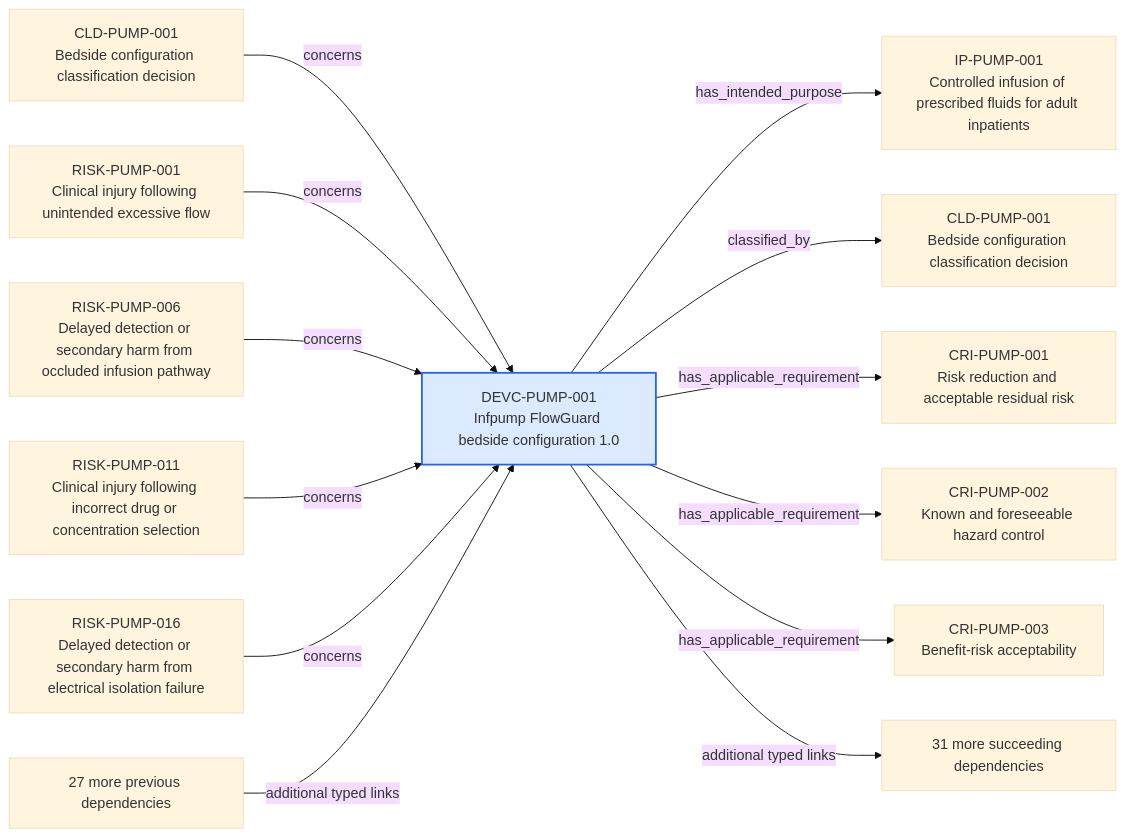
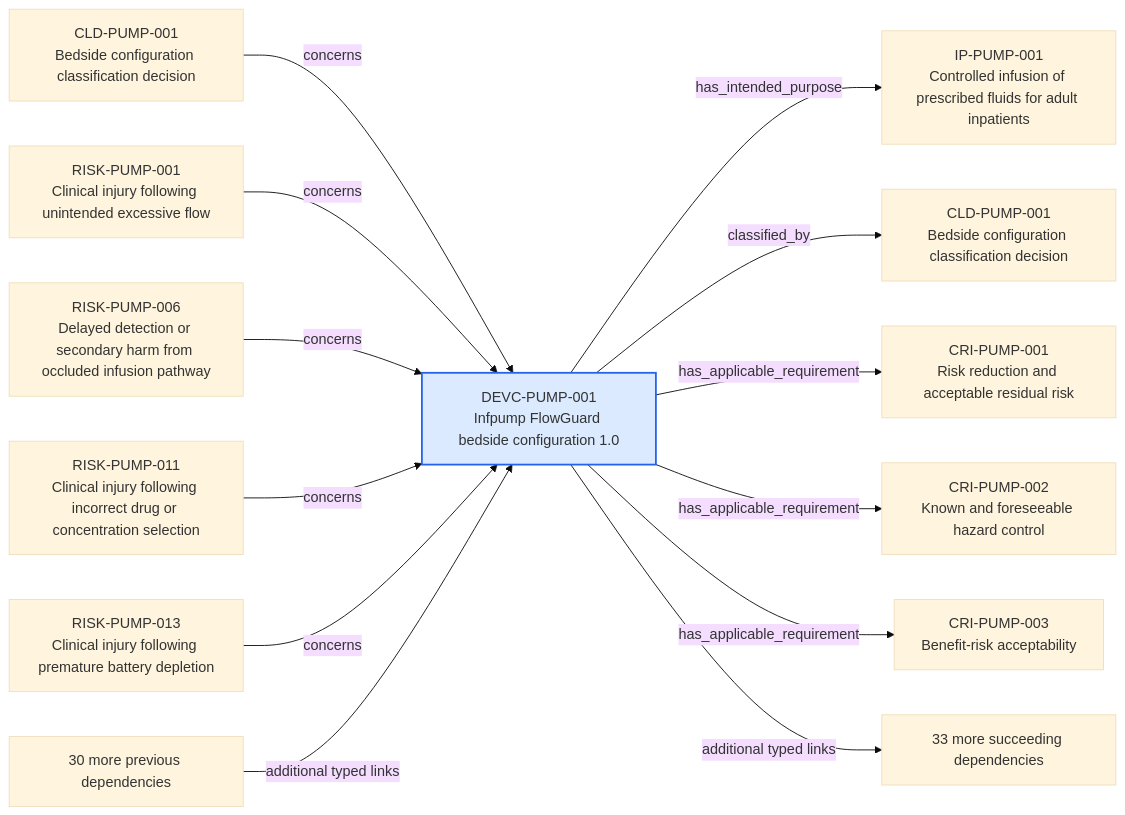
One commit to mvattulainen/mdrontology changed the diagram in content/06-Infpump FlowGuard ontology notes/device-configuration/DEVC-PUMP-001-infpump-flowguard-bedside-configuration-10.md. Above: the diagram before and after it, drawn with Mermaid (base theme). The commit also changed other lines of this file and 30 other files, not shown here.

````diff
--- a/content/06-Infpump FlowGuard ontology notes/device-configuration/DEVC-PUMP-001-infpump-flowguard-bedside-configuration-10.md
+++ b/content/06-Infpump FlowGuard ontology notes/device-configuration/DEVC-PUMP-001-infpump-flowguard-bedside-configuration-10.md
@@ -159,30 +161,30 @@
 ```mermaid
 flowchart LR
   CURRENT["DEVC-PUMP-001<br/>Infpump FlowGuard bedside configuration 1.0"]
   PREV0["CLD-PUMP-001<br/>Bedside configuration classification decision"]
   PREV0 -->|"concerns"| CURRENT
   PREV1["RISK-PUMP-001<br/>Clinical injury following unintended excessive flow"]
   PREV1 -->|"concerns"| CURRENT
   PREV2["RISK-PUMP-006<br/>Delayed detection or secondary harm from occluded infusion pathway"]
   PREV2 -->|"concerns"| CURRENT
   PREV3["RISK-PUMP-011<br/>Clinical injury following incorrect drug or concentration selection"]
   PREV3 -->|"concerns"| CURRENT
-  PREV4["RISK-PUMP-016<br/>Delayed detection or secondary harm from electrical isolation failure"]
+  PREV4["RISK-PUMP-013<br/>Clinical injury following premature battery depletion"]
   PREV4 -->|"concerns"| CURRENT
-  PREV_MORE["27 more previous dependencies"]
+  PREV_MORE["30 more previous dependencies"]
   PREV_MORE -->|"additional typed links"| CURRENT
   NEXT0["IP-PUMP-001<br/>Controlled infusion of prescribed fluids for adult inpatients"]
   CURRENT -->|"has_intended_purpose"| NEXT0
   NEXT1["CLD-PUMP-001<br/>Bedside configuration classification decision"]
   CURRENT -->|"classified_by"| NEXT1
   NEXT2["CRI-PUMP-001<br/>Risk reduction and acceptable residual risk"]
   CURRENT -->|"has_applicable_requirement"| NEXT2
   NEXT3["CRI-PUMP-002<br/>Known and foreseeable hazard control"]
   CURRENT -->|"has_applicable_requirement"| NEXT3
   NEXT4["CRI-PUMP-003<br/>Benefit-risk acceptability"]
   CURRENT -->|"has_applicable_requirement"| NEXT4
-  NEXT_MORE["31 more succeeding dependencies"]
+  NEXT_MORE["33 more succeeding dependencies"]
   CURRENT -->|"additional typed links"| NEXT_MORE
   classDef current fill:#dbeafe,stroke:#2563eb,stroke-width:2px
   class CURRENT current
 ```
````
